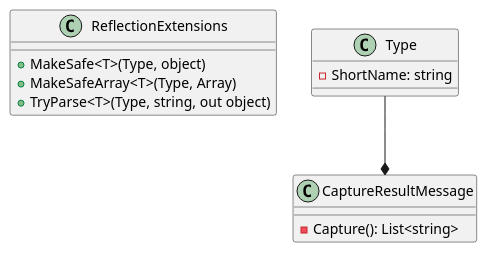
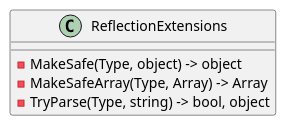
The third of 4 diagrams in docs/generated/Framework/Eliassen.System.Tests/Reflection/Documentation.md (mwwhited-forks/dotnet-libs), drawn with PlantUML before and after one commit. The commit also changed other lines of this file and 444 other files, not shown here.

````diff
--- a/docs/generated/Framework/Eliassen.System.Tests/Reflection/Documentation.md
+++ b/docs/generated/Framework/Eliassen.System.Tests/Reflection/Documentation.md
@@ -50,20 +86,10 @@
 ```plantuml
 @startuml
 class ReflectionExtensions {
-  + MakeSafe<T>(Type, object)
-  + MakeSafeArray<T>(Type, Array)
-  + TryParse<T>(Type, string, out object)
+  - MakeSafe(Type, object) -> object
+  - MakeSafeArray(Type, Array) -> Array
+  - TryParse(Type, string) -> bool, object
 }
-
-class CaptureResultMessage {
-  - Capture(): List<string>
-}
-
-class Type {
-  - ShortName: string
-}
-
-Type --* CaptureResultMessage
 
 @enduml
 ```
````
